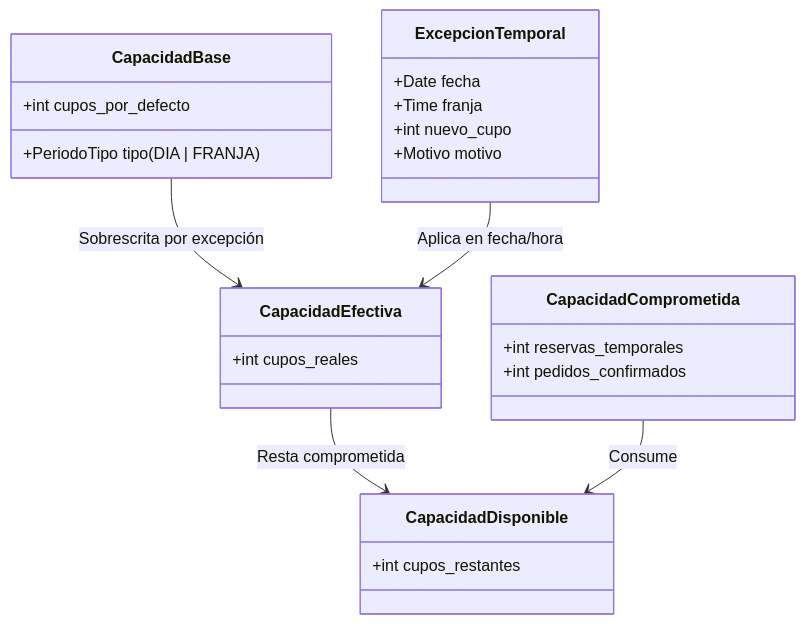
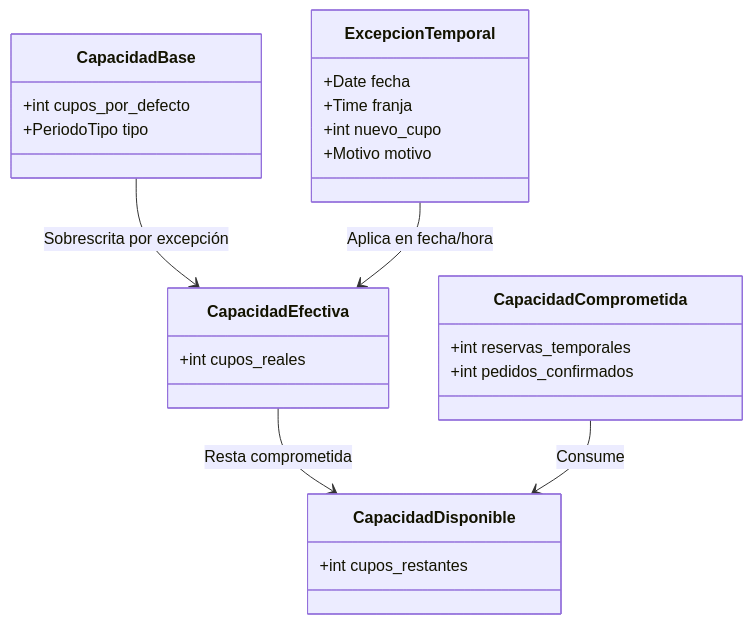
Before and after one commit to iJosueeh/jaldishop: the second of 5 diagrams in docs/01-producto/modelo-capacidad-v1.md, drawn with Mermaid. The commit also changed other lines of this file and 3 other files, not shown here.

````diff
--- a/docs/01-producto/modelo-capacidad-v1.md
+++ b/docs/01-producto/modelo-capacidad-v1.md
@@ -73,28 +72,28 @@
 ```mermaid
 classDiagram
     class CapacidadBase {
         +int cupos_por_defecto
-        +PeriodoTipo tipo (DIA | FRANJA)
+        +PeriodoTipo tipo
     }
     class ExcepcionTemporal {
         +Date fecha
         +Time franja
         +int nuevo_cupo
         +Motivo motivo
     }
     class CapacidadEfectiva {
         +int cupos_reales
     }
     class CapacidadComprometida {
         +int reservas_temporales
         +int pedidos_confirmados
     }
     class CapacidadDisponible {
         +int cupos_restantes
     }
 
     CapacidadBase --> CapacidadEfectiva : Sobrescrita por excepción
     ExcepcionTemporal --> CapacidadEfectiva : Aplica en fecha/hora
     CapacidadEfectiva --> CapacidadDisponible : Resta comprometida
     CapacidadComprometida --> CapacidadDisponible : Consume
 ```
````
